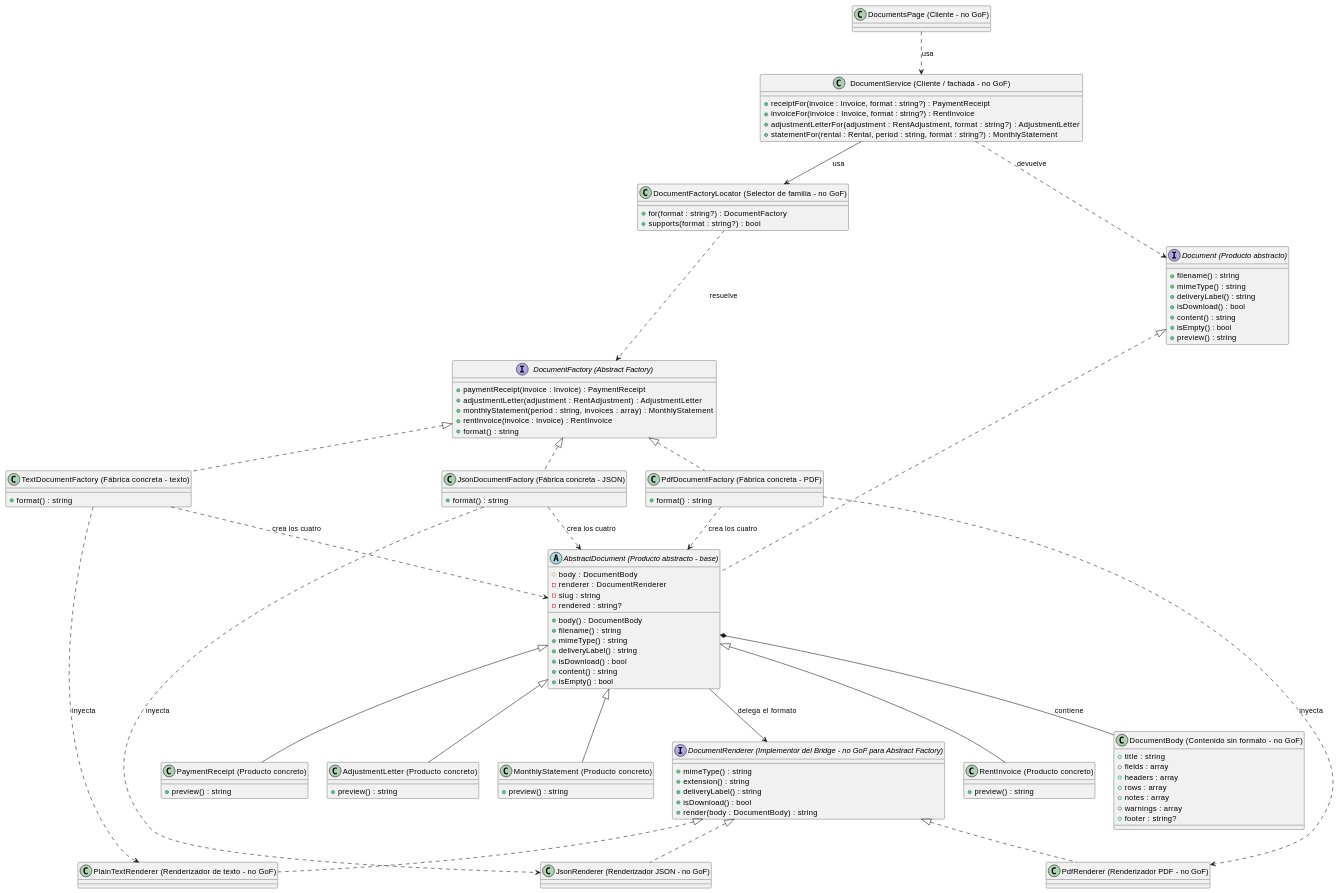
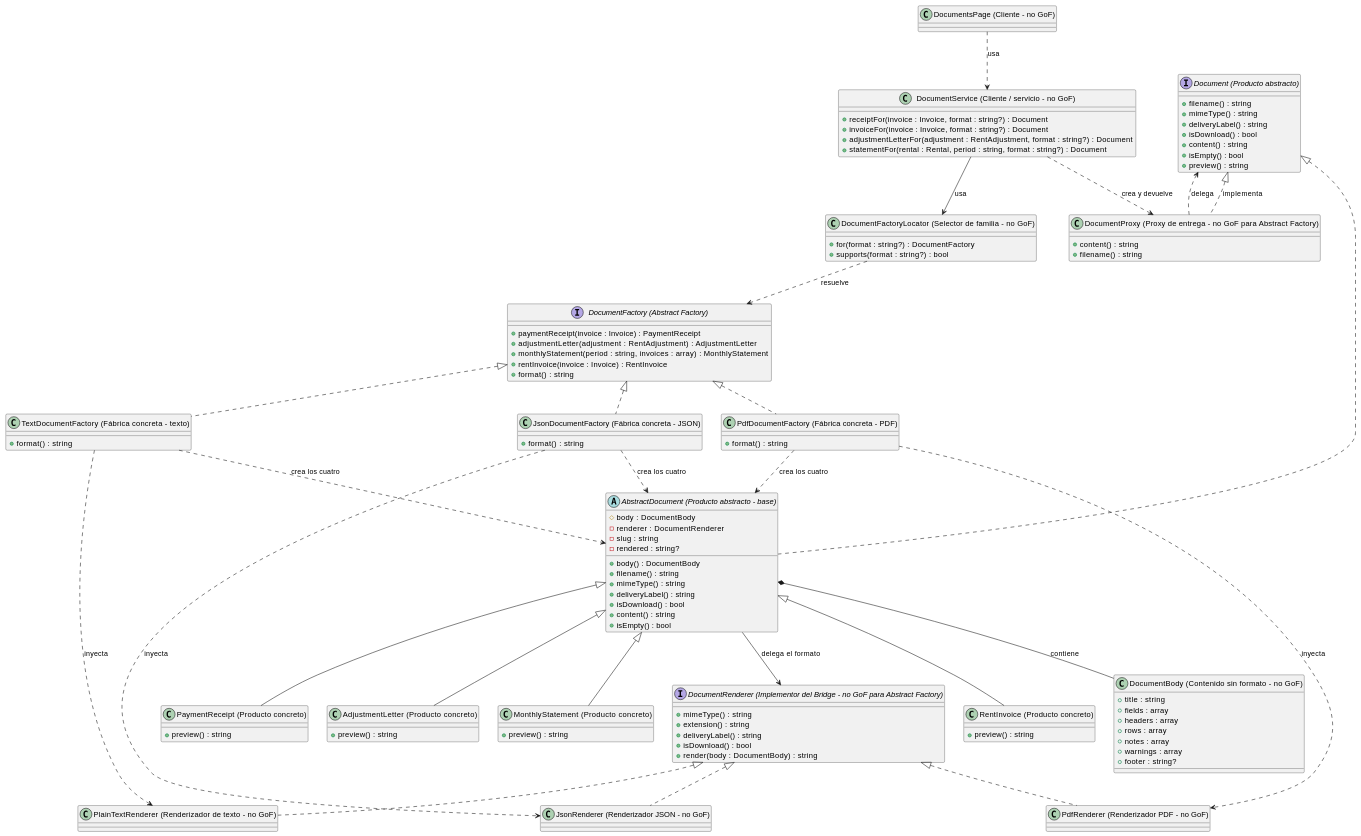
The diagram in docs/Patrones creacionales/Abstract Factory.md (diegocastro-ac/prometheus), drawn with PlantUML before and after one commit. The commit also changed other lines of this file and 7 other files, not shown here.

````diff
--- a/docs/Patrones creacionales/Abstract Factory.md
+++ b/docs/Patrones creacionales/Abstract Factory.md
@@ -147,11 +150,16 @@
   + supports(format : string?) : bool
 }
 
-class "DocumentService (Cliente / fachada - no GoF)" as DocumentService {
-  + receiptFor(invoice : Invoice, format : string?) : PaymentReceipt
-  + invoiceFor(invoice : Invoice, format : string?) : RentInvoice
-  + adjustmentLetterFor(adjustment : RentAdjustment, format : string?) : AdjustmentLetter
-  + statementFor(rental : Rental, period : string, format : string?) : MonthlyStatement
+class "DocumentService (Cliente / servicio - no GoF)" as DocumentService {
+  + receiptFor(invoice : Invoice, format : string?) : Document
+  + invoiceFor(invoice : Invoice, format : string?) : Document
+  + adjustmentLetterFor(adjustment : RentAdjustment, format : string?) : Document
+  + statementFor(rental : Rental, period : string, format : string?) : Document
+}
+
+class "DocumentProxy (Proxy de entrega - no GoF para Abstract Factory)" as DocumentProxy {
+  + content() : string
+  + filename() : string
 }
 
 class "DocumentsPage (Cliente - no GoF)" as DocumentsPage
@@ -180,7 +188,9 @@
 
 DocumentFactoryLocator ..> DocumentFactory : resuelve
 DocumentService --> DocumentFactoryLocator : usa
-DocumentService ..> Document : devuelve
+DocumentService ..> DocumentProxy : crea y devuelve
+Document <|.. DocumentProxy : implementa
+DocumentProxy ..> Document : delega
 DocumentsPage ..> DocumentService : usa
 @enduml
 ```
````
